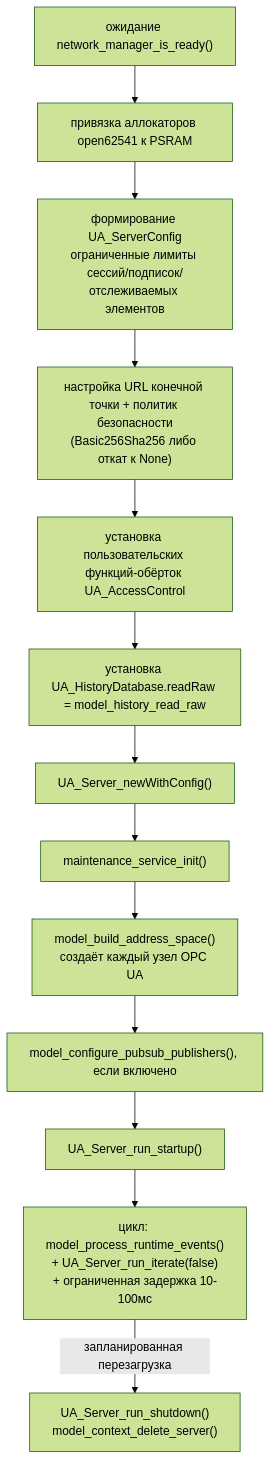
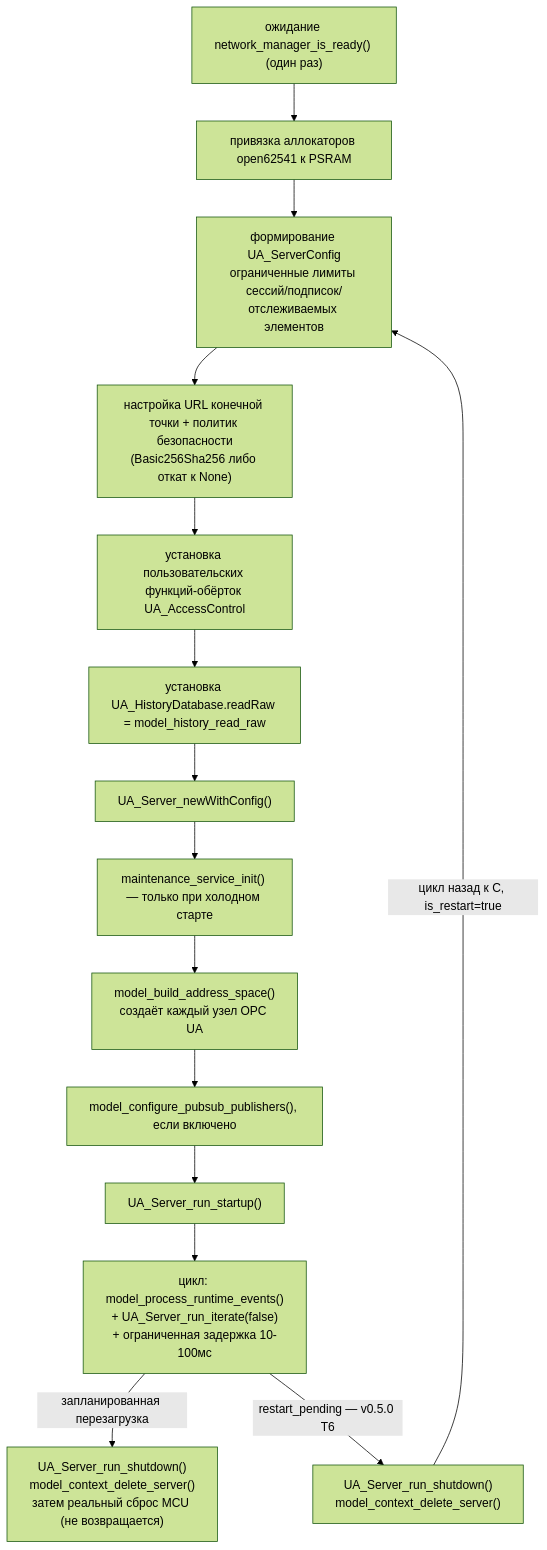
One commit to Maronari/RP2040_OPCUA_Server changed the diagram in docs/code/modules/opcua_model.md. Above: the diagram before and after it, drawn with Mermaid (forest theme). The commit also changed other lines of this file and 1 other file, not shown here.

First line of the commit message:
docs: document v0.5.0 T6 controlled OPC UA restart

````diff
--- a/docs/code/modules/opcua_model.md
+++ b/docs/code/modules/opcua_model.md
@@ -72,15 +72,17 @@
 ```mermaid
 flowchart TD
-    A["ожидание network_manager_is_ready()"] --> B["привязка аллокаторов open62541 к PSRAM"]
+    A["ожидание network_manager_is_ready() (один раз)"] --> B["привязка аллокаторов open62541 к PSRAM"]
     B --> C["формирование UA_ServerConfig<br/>ограниченные лимиты сессий/подписок/отслеживаемых элементов"]
     C --> D["настройка URL конечной точки + политик безопасности<br/>(Basic256Sha256 либо откат к None)"]
     D --> E["установка пользовательских функций-обёрток UA_AccessControl"]
     E --> F["установка UA_HistoryDatabase.readRaw = model_history_read_raw"]
     F --> G["UA_Server_newWithConfig()"]
-    G --> H["maintenance_service_init()"]
+    G --> H["maintenance_service_init() — только при холодном старте"]
     H --> I["model_build_address_space()<br/>создаёт каждый узел OPC UA"]
     I --> J["model_configure_pubsub_publishers(), если включено"]
     J --> K["UA_Server_run_startup()"]
     K --> L["цикл: model_process_runtime_events()<br/>+ UA_Server_run_iterate(false)<br/>+ ограниченная задержка 10-100мс"]
-    L -->|запланированная перезагрузка| M["UA_Server_run_shutdown()<br/>model_context_delete_server()"]
+    L -->|запланированная перезагрузка| M["UA_Server_run_shutdown()<br/>model_context_delete_server()<br/>затем реальный сброс MCU (не возвращается)"]
+    L -->|restart_pending — v0.5.0 T6| N["UA_Server_run_shutdown()<br/>model_context_delete_server()"]
+    N -->|цикл назад к C, is_restart=true| C
 ```
````
